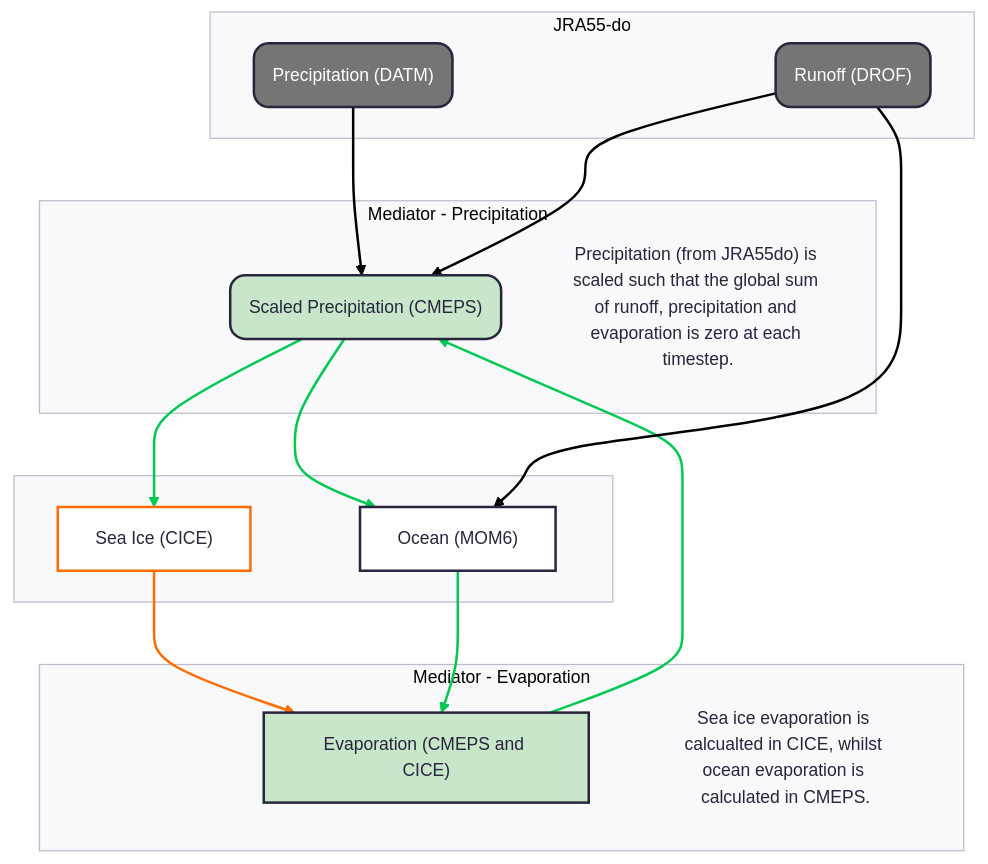
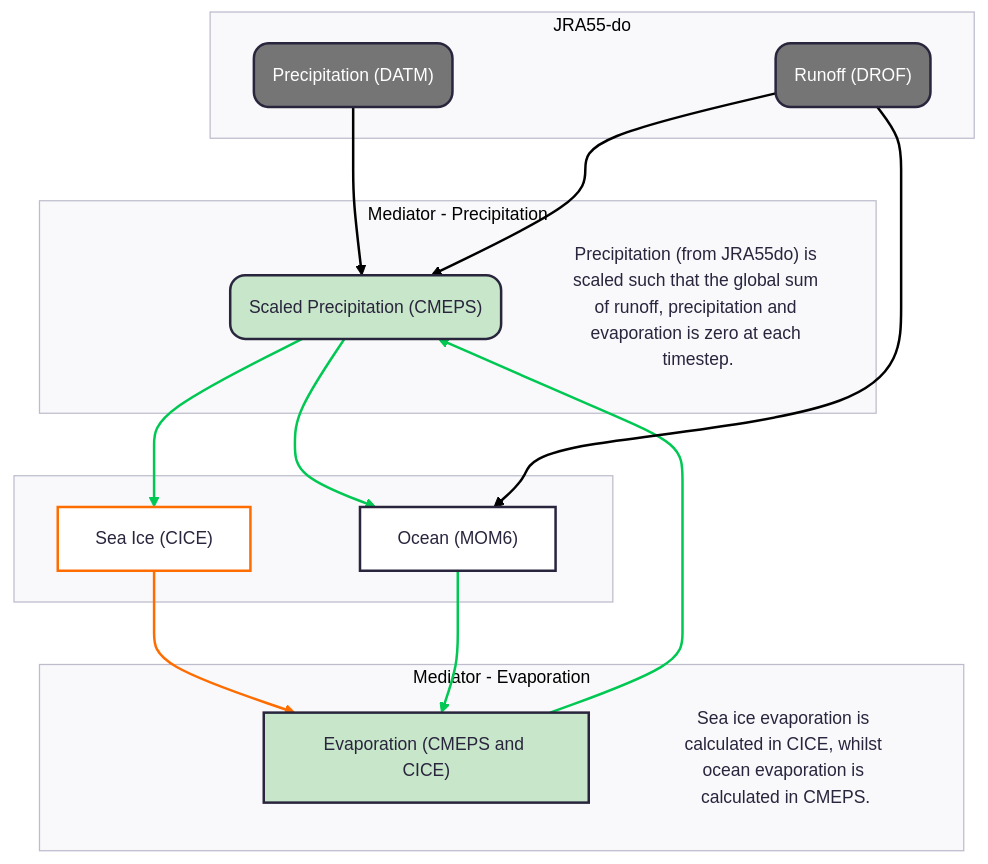
The diagram in documentation/docs/pages/inputs/Forcing-data-models.md (ACCESS-NRI/access-om3-configs), drawn with Mermaid before and after one commit. The commit also changed other lines of this file, not shown here.

````diff
--- a/documentation/docs/pages/inputs/Forcing-data-models.md
+++ b/documentation/docs/pages/inputs/Forcing-data-models.md
@@ -120,49 +122,49 @@
 ```mermaid
 ---
 config:
   theme: redux
   layout: fixed
 ---
 flowchart TB
  subgraph s2["JRA55-do"]
         n1["Runoff (DROF)"]
         n6["Precipitation (DATM)"]
   end
  subgraph s3[" "]
         n2["Ocean (MOM6)"]
         n4["Sea Ice (CICE)"]
   end
  subgraph s6["Mediator - Evaporation"]
         n5["Evaporation (CMEPS and CICE)"]
-        n7["Sea ice evaporation is calcualted in CICE, whilst ocean evaporation is calculated in CMEPS."]
+        n7["Sea ice evaporation is calculated in CICE, whilst ocean evaporation is calculated in CMEPS."]
   end
  subgraph s7["Mediator - Precipitation"]
         n3["Scaled Precipitation (CMEPS)"]
         n8["Precipitation (from JRA55do) is scaled such that the global sum of runoff, precipitation and evaporation is zero at each timestep."]
   end
 
     n3 --> n2 & n4
     n4 --> n5
     n2 --> n5
     n6 --> n3
     n5 --> n3
     n1 --> n3
     n1 --> n2
 
     n1@{ shape: rounded}
     n6@{ shape: rounded}
     n4@{ shape: rect}
     n7@{ shape: text}
     n3@{ shape: rounded}
     n8@{ shape: text}
     style n1 fill:#757575,color:#ffffff
     style n6 color:#ffffff,fill:#757575
     style n4 stroke:#FF6D00
     style n5 fill:#C8E6C9
     style n3 fill:#C8E6C9
     linkStyle 0 stroke:#00C853,fill:none
     linkStyle 1 stroke:#00C853,fill:none
     linkStyle 2 stroke:#FF6D00,fill:none
     linkStyle 3 stroke:#00C853,fill:none
     linkStyle 5 stroke:#00C853,fill:none
 ```
````
